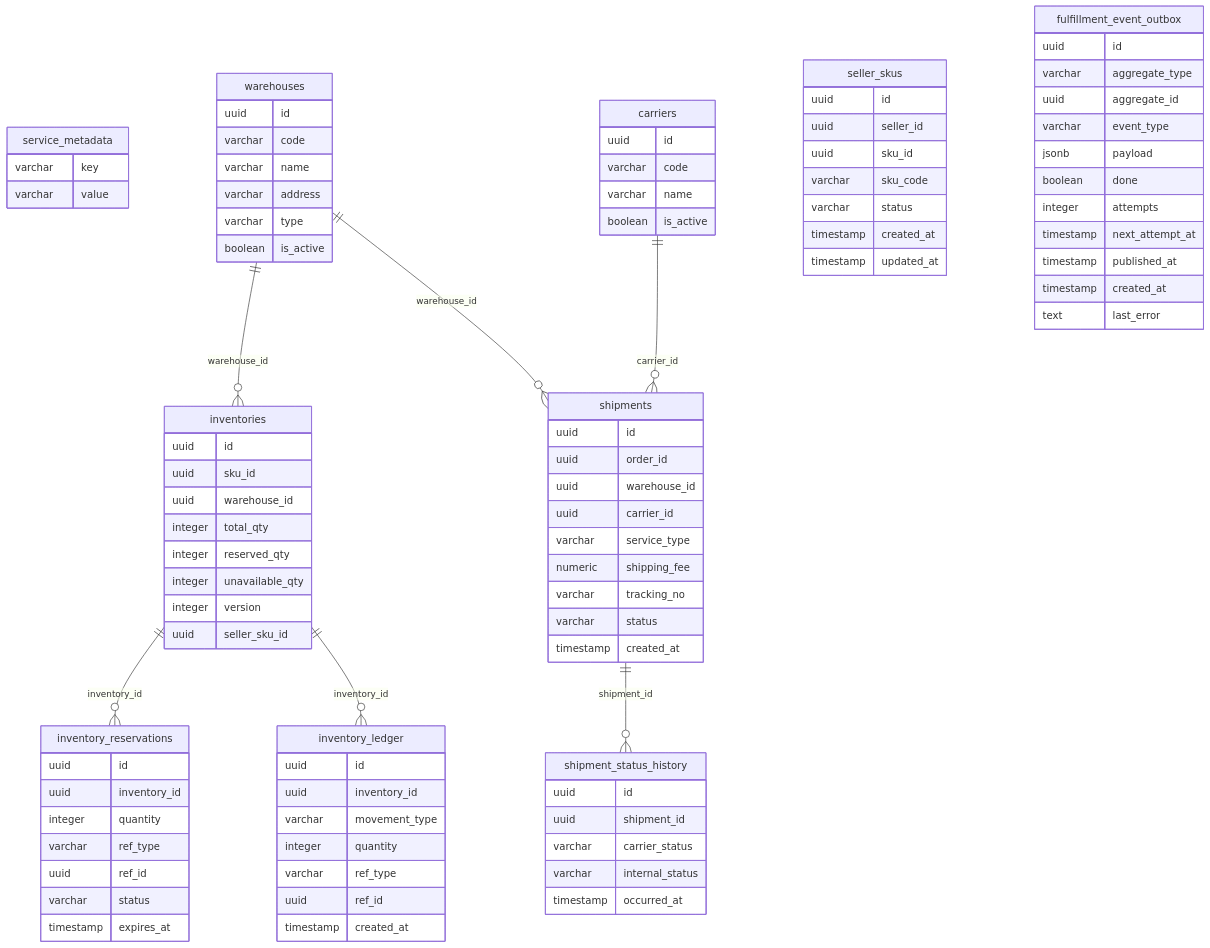
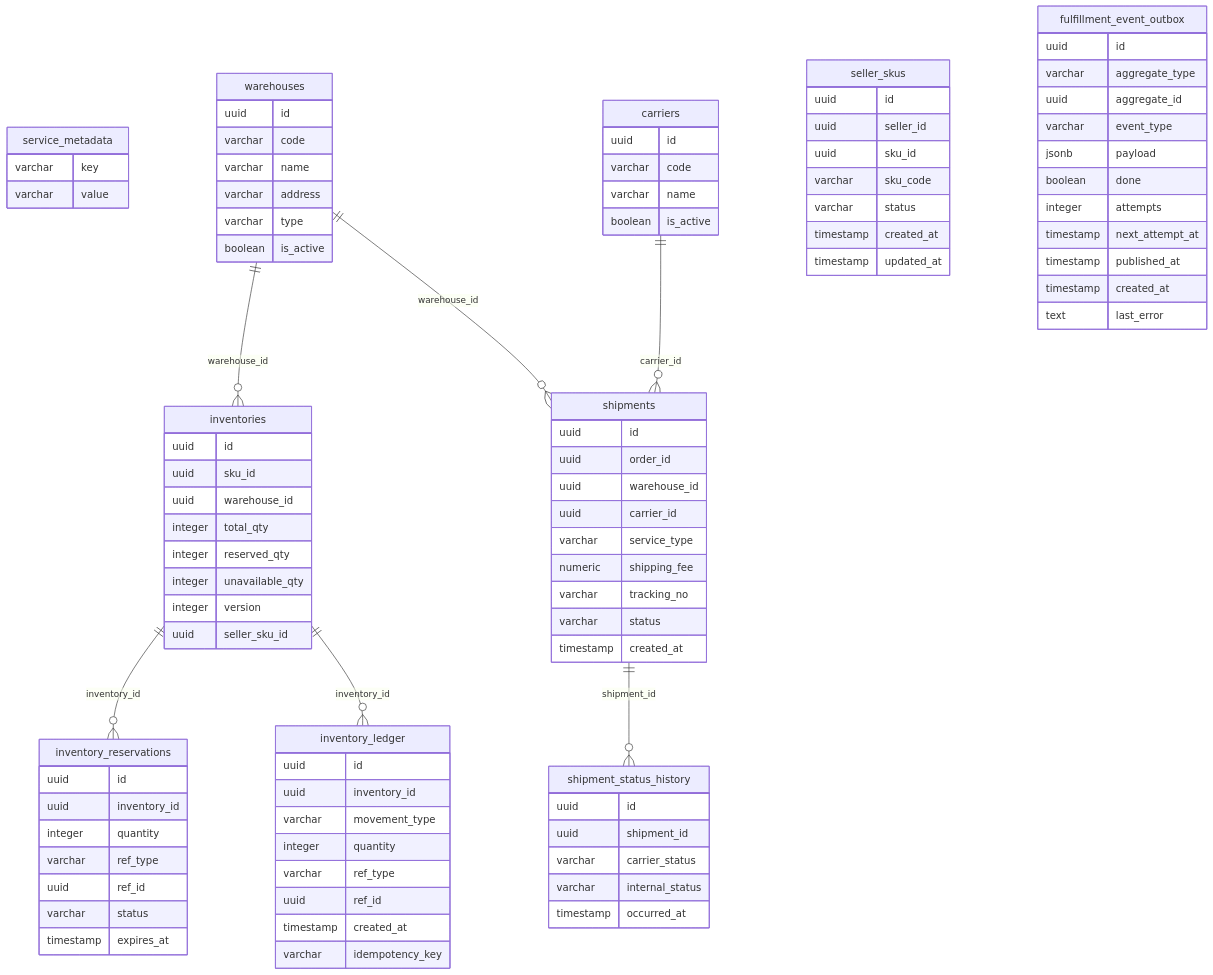
The fifth of 7 diagrams in docs/database/ERD.md (harry-leon/e-commerce-auction), drawn with Mermaid before and after one commit. The commit also changed other lines of this file, not shown here.

Commit message:
docs(database): sync ERD with merged Flyway migrations

```diff
--- a/docs/database/ERD.md
+++ b/docs/database/ERD.md
@@ -368,6 +379,7 @@
     varchar ref_type
     uuid ref_id
     timestamp created_at
+    varchar idempotency_key
   }
   carriers {
     uuid id
```
